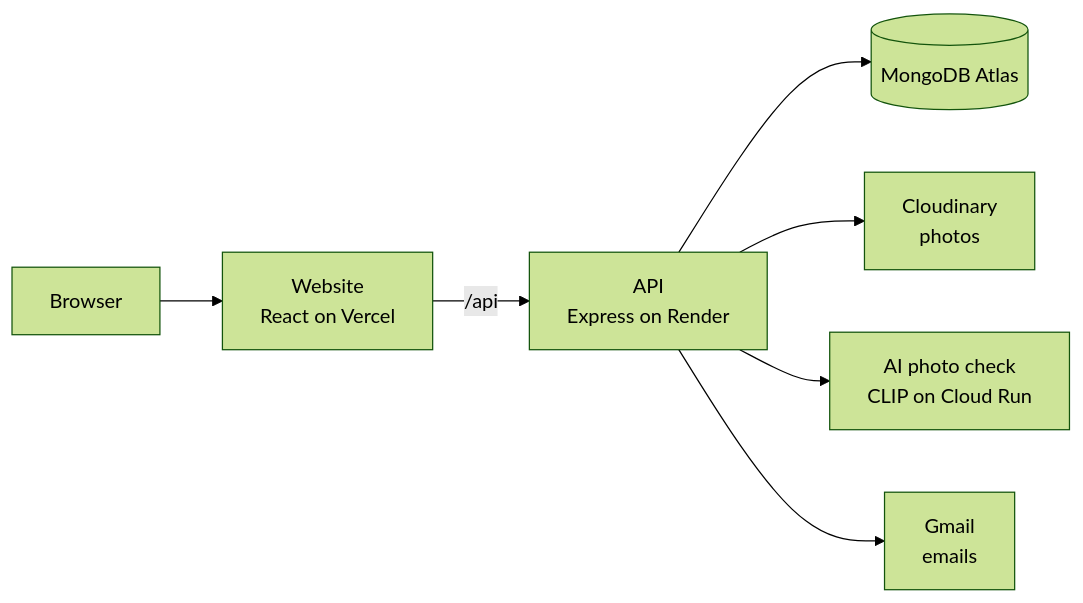
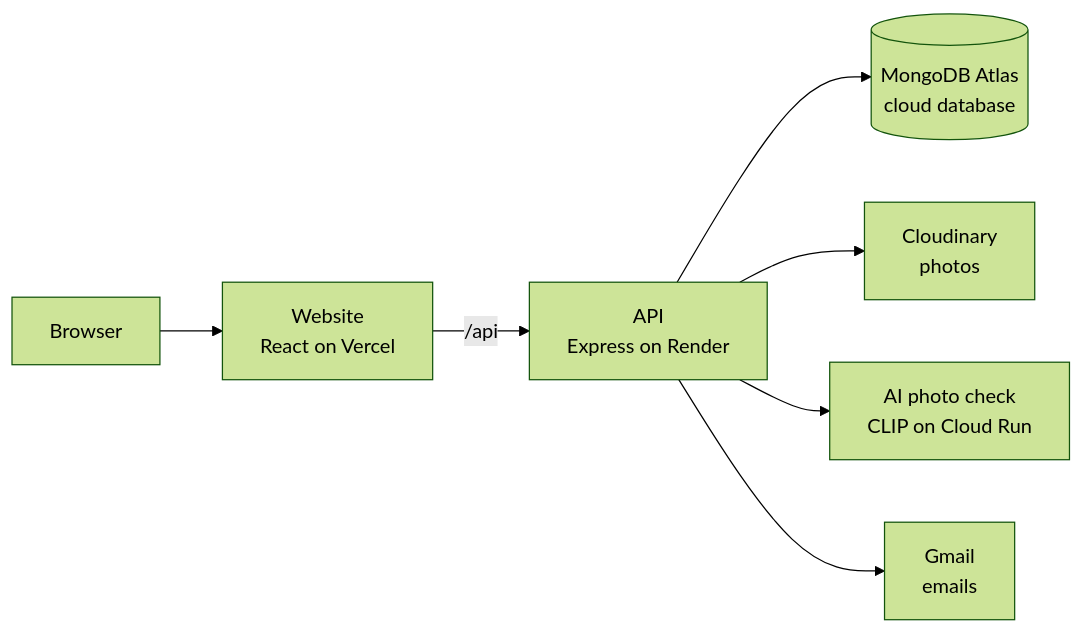
One commit to laxmantrades/-A-Web-Based-System-for-Reporting-and-Tracking-Street-Level-Infrastructure-Issues-in-Nepali-Communes changed the second of 2 diagrams in README.md. Above: the diagram before and after it, drawn with Mermaid (forest theme). The commit also changed other lines of this file, not shown here.

````diff
--- a/README.md
+++ b/README.md
@@ -156,9 +114,9 @@
 ```mermaid
 flowchart LR
     U[Browser] --> W[Website<br/>React on Vercel]
     W -- "/api" --> S[API<br/>Express on Render]
-    S --> DB[(MongoDB Atlas)]
+    S --> DB[(MongoDB Atlas<br/>cloud database)]
     S --> C[Cloudinary<br/>photos]
     S --> AI[AI photo check<br/>CLIP on Cloud Run]
     S --> M[Gmail<br/>emails]
 ```
````
